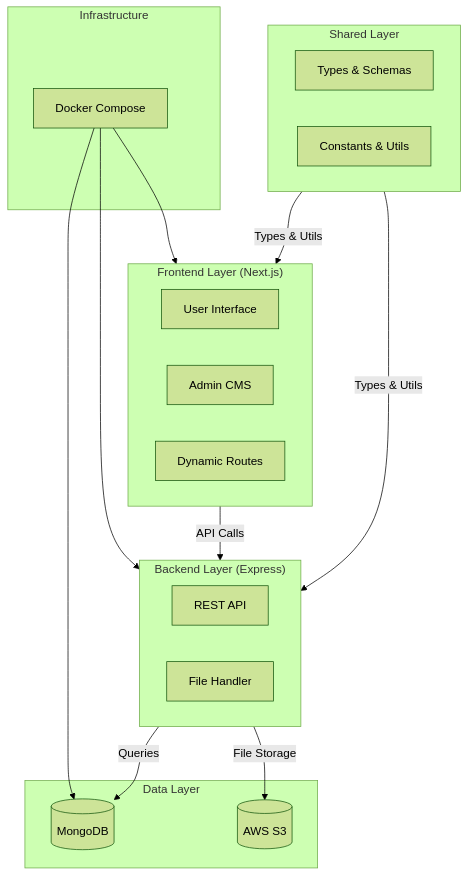
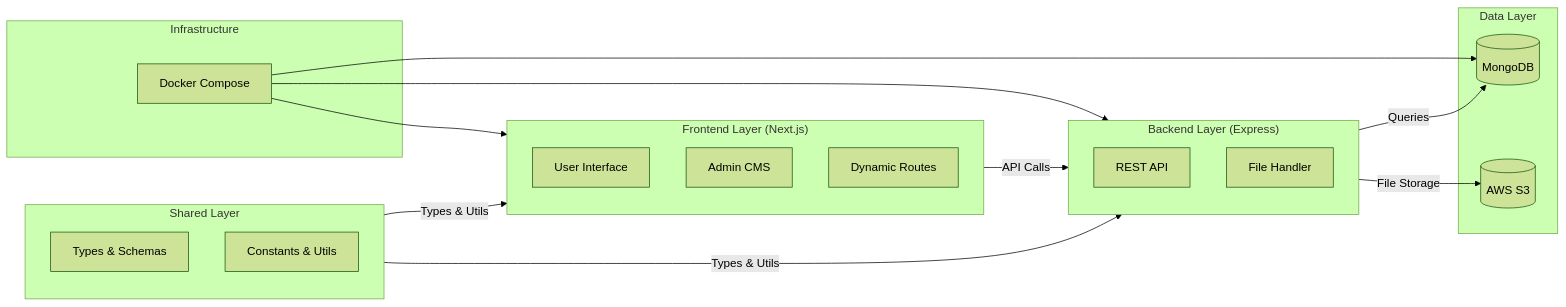
One commit to El-Omar/portfolio-v3 changed the diagram in README.md. Above: the diagram before and after it, drawn with Mermaid (forest theme).

Commit message:
updating root README diagram

````diff
--- a/README.md
+++ b/README.md
@@ -7,38 +7,38 @@
 ```mermaid
-graph TB
+graph LR
     subgraph Infrastructure
         Docker[Docker Compose]
+    end
+
+    subgraph Shared["Shared Layer"]
+        Types[Types & Schemas]
+        Utils[Constants & Utils]
     end
 
     subgraph Frontend["Frontend Layer (Next.js)"]
         UI[User Interface]
         CMS[Admin CMS]
         Router[Dynamic Routes]
     end
 
     subgraph Backend["Backend Layer (Express)"]
         API[REST API]
         Storage[File Handler]
     end
 
     subgraph Data["Data Layer"]
         MongoDB[(MongoDB)]
         S3[(AWS S3)]
     end
 
-    subgraph Shared["Shared Layer"]
-        Types[Types & Schemas]
-        Utils[Constants & Utils]
-    end
-
     Docker --> Frontend
     Docker --> Backend
     Docker --> MongoDB
 
     Frontend --> |API Calls| Backend
     Backend --> |Queries| MongoDB
     Backend --> |File Storage| S3
     
     Shared --> |Types & Utils| Frontend
     Shared --> |Types & Utils| Backend
 ```
````
